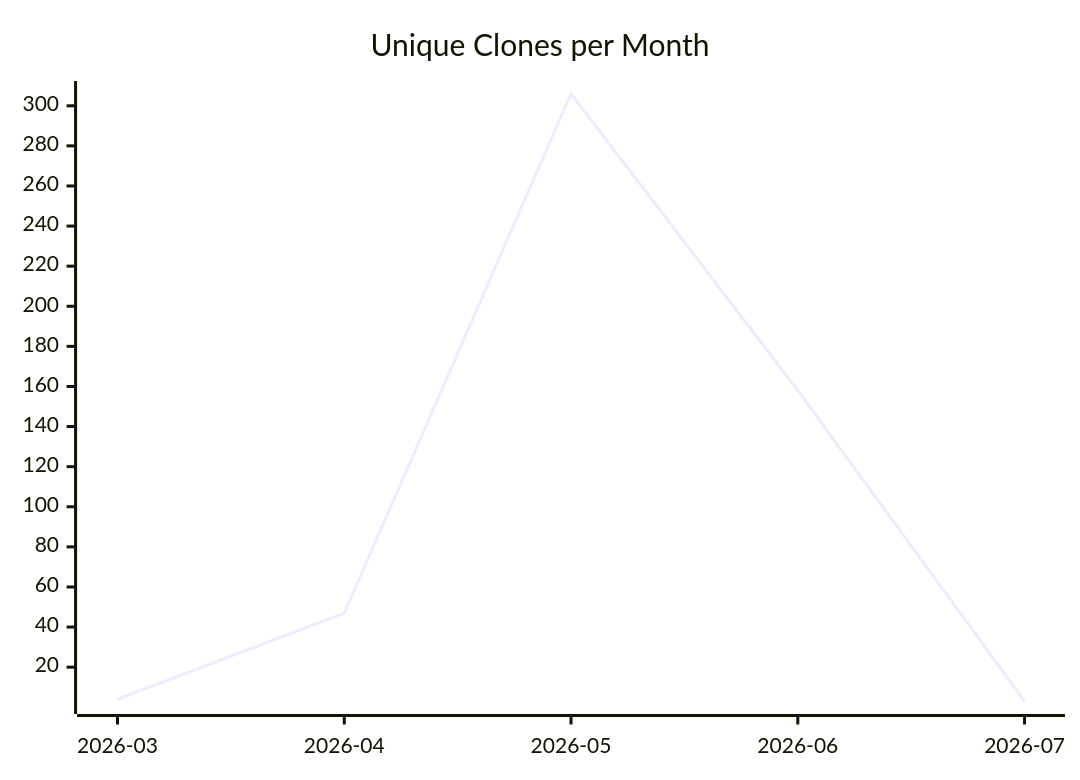
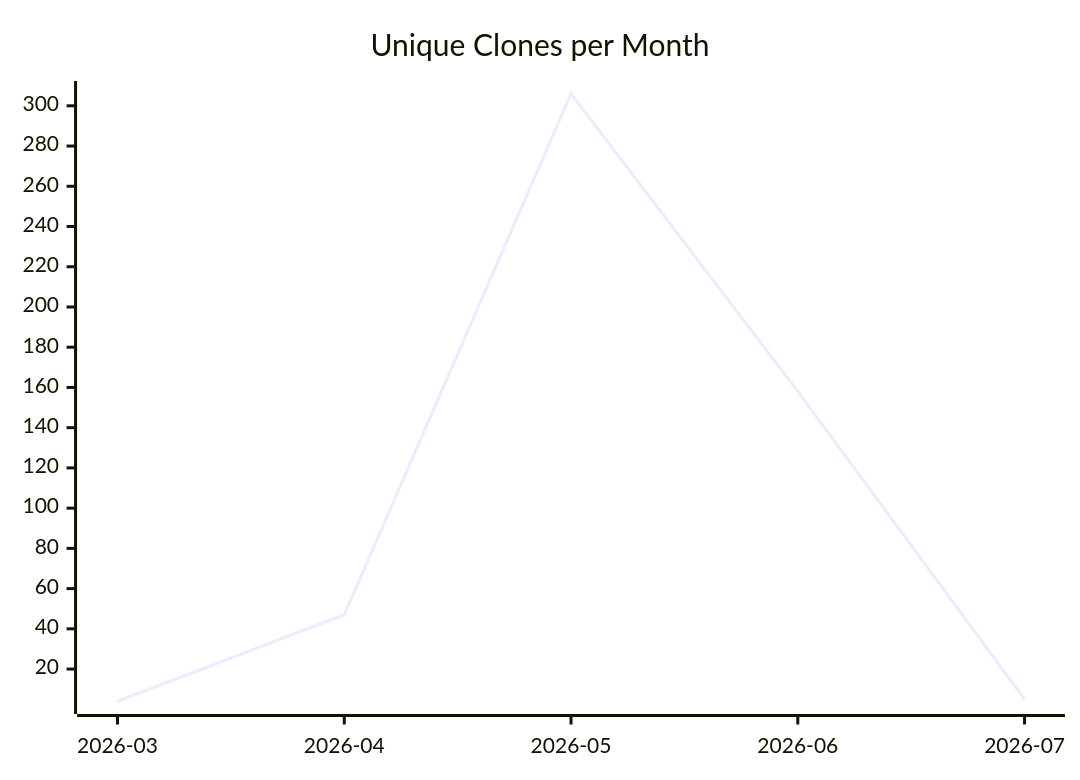
One commit to justdavis-family/github-analytics-data changed the third of 3 diagrams in karlmdavis/dotfiles/README.md. Above: the diagram before and after it, drawn with Mermaid. The commit also changed other lines of this file and 198 other files, not shown here.

````diff
--- a/karlmdavis/dotfiles/README.md
+++ b/karlmdavis/dotfiles/README.md
@@ -19,6 +19,6 @@
 ```mermaid
 xychart-beta
   title "Unique Clones per Month"
   x-axis ["2026-03", "2026-04", "2026-05", "2026-06", "2026-07"]
-  line [4, 47, 306, 158, 3]
+  line [4, 47, 306, 158, 5]
 ```
````
